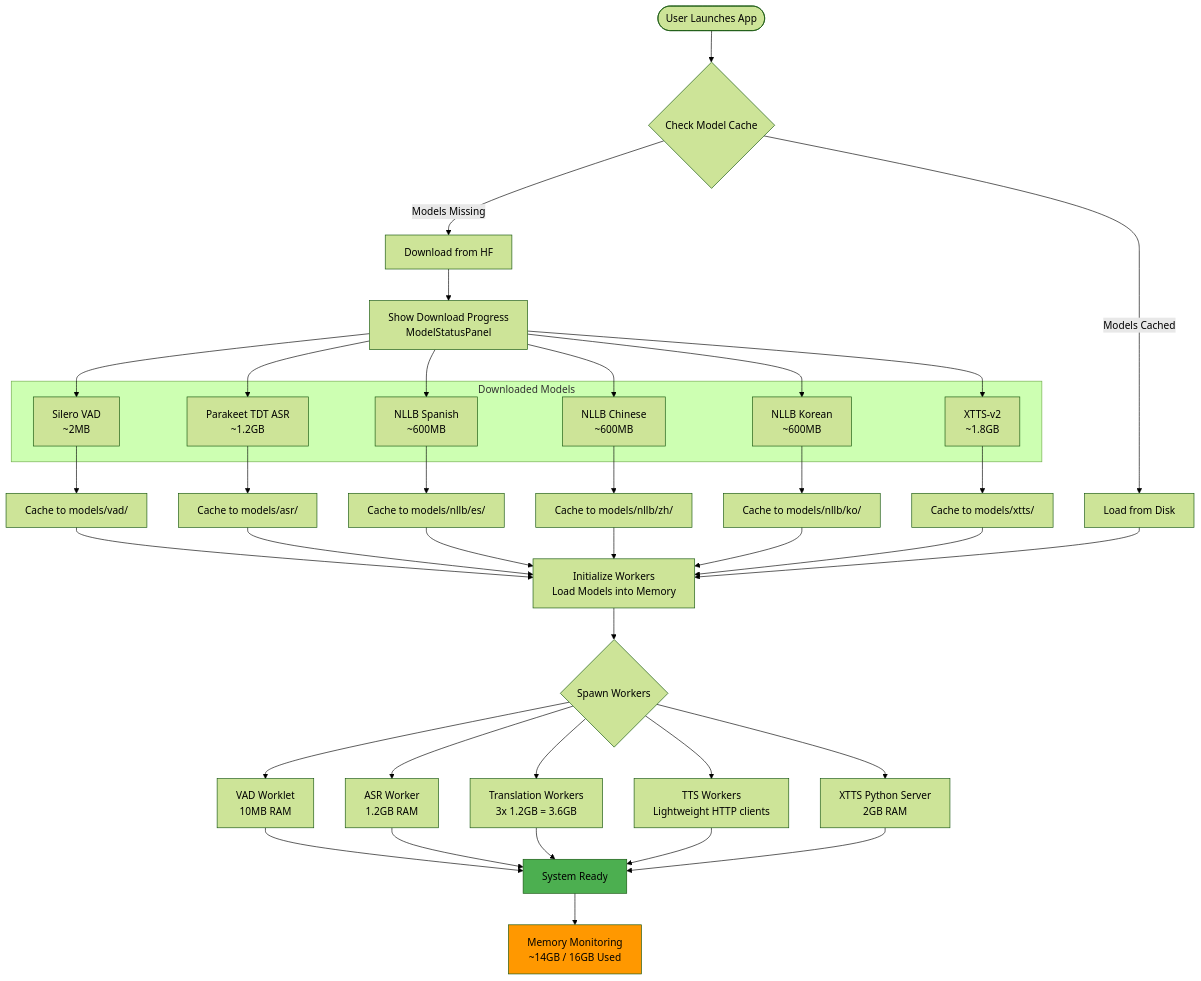
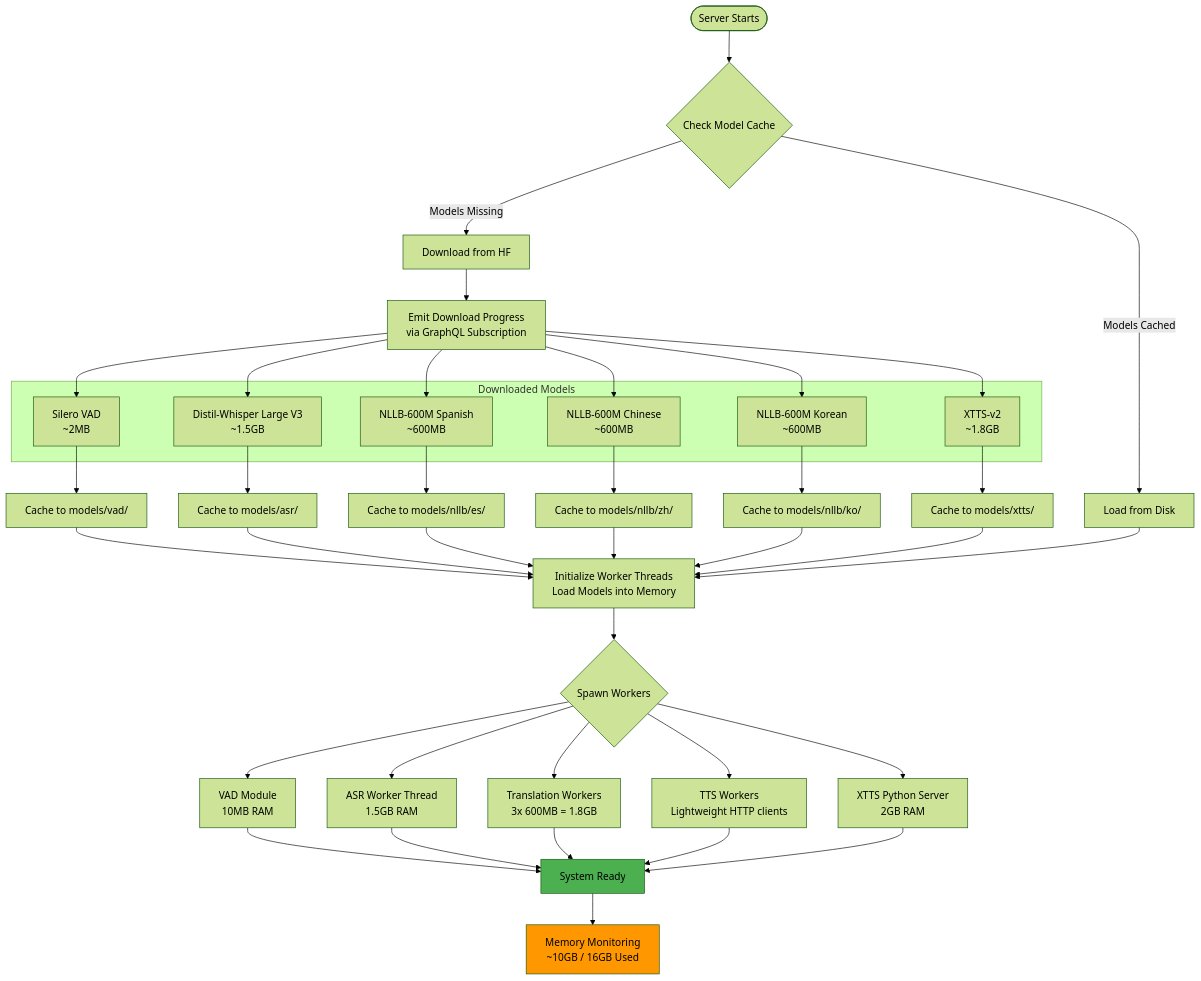
Before and after one commit to naturally-translate/voice-bridge: diagram 16 of 17 in plans/project-plan.md, drawn with Mermaid (forest theme). The commit also changed other lines of this file, not shown here.

````diff
--- a/plans/project-plan.md
+++ b/plans/project-plan.md
@@ -1789,60 +1745,60 @@
 ```mermaid
 flowchart TD
-    Start([User Launches App]) --> Check{Check Model Cache}
+    Start([Server Starts]) --> Check{Check Model Cache}
 
     Check -->|Models Cached| Load[Load from Disk]
     Check -->|Models Missing| Download[Download from HF]
 
-    Download --> Progress[Show Download Progress<br/>ModelStatusPanel]
+    Download --> Progress[Emit Download Progress<br/>via GraphQL Subscription]
 
     subgraph "Downloaded Models"
         M1[Silero VAD<br/>~2MB]
-        M2[Parakeet TDT ASR<br/>~1.2GB]
-        M3[NLLB Spanish<br/>~600MB]
-        M4[NLLB Chinese<br/>~600MB]
-        M5[NLLB Korean<br/>~600MB]
+        M2[Distil-Whisper Large V3<br/>~1.5GB]
+        M3[NLLB-600M Spanish<br/>~600MB]
+        M4[NLLB-600M Chinese<br/>~600MB]
+        M5[NLLB-600M Korean<br/>~600MB]
         M6[XTTS-v2<br/>~1.8GB]
     end
 
     Progress --> M1
     Progress --> M2
     Progress --> M3
     Progress --> M4
     Progress --> M5
     Progress --> M6
 
     M1 --> Cache1[Cache to models/vad/]
     M2 --> Cache2[Cache to models/asr/]
     M3 --> Cache3[Cache to models/nllb/es/]
     M4 --> Cache4[Cache to models/nllb/zh/]
     M5 --> Cache5[Cache to models/nllb/ko/]
     M6 --> Cache6[Cache to models/xtts/]
 
     Cache1 --> Init
     Cache2 --> Init
     Cache3 --> Init
     Cache4 --> Init
     Cache5 --> Init
     Cache6 --> Init
 
-    Load --> Init[Initialize Workers<br/>Load Models into Memory]
+    Load --> Init[Initialize Worker Threads<br/>Load Models into Memory]
 
     Init --> Workers{Spawn Workers}
 
-    Workers --> W1[VAD Worklet<br/>10MB RAM]
-    Workers --> W2[ASR Worker<br/>1.2GB RAM]
-    Workers --> W3[Translation Workers<br/>3x 1.2GB = 3.6GB]
+    Workers --> W1[VAD Module<br/>10MB RAM]
+    Workers --> W2[ASR Worker Thread<br/>1.5GB RAM]
+    Workers --> W3[Translation Workers<br/>3x 600MB = 1.8GB]
     Workers --> W4[TTS Workers<br/>Lightweight HTTP clients]
     Workers --> W5[XTTS Python Server<br/>2GB RAM]
 
     W1 --> Ready
     W2 --> Ready
     W3 --> Ready
     W4 --> Ready
     W5 --> Ready[System Ready]
 
-    Ready --> Monitor[Memory Monitoring<br/>~14GB / 16GB Used]
+    Ready --> Monitor[Memory Monitoring<br/>~10GB / 16GB Used]
 
     style Ready fill:#4caf50
     style Monitor fill:#ff9800
 ```
````
